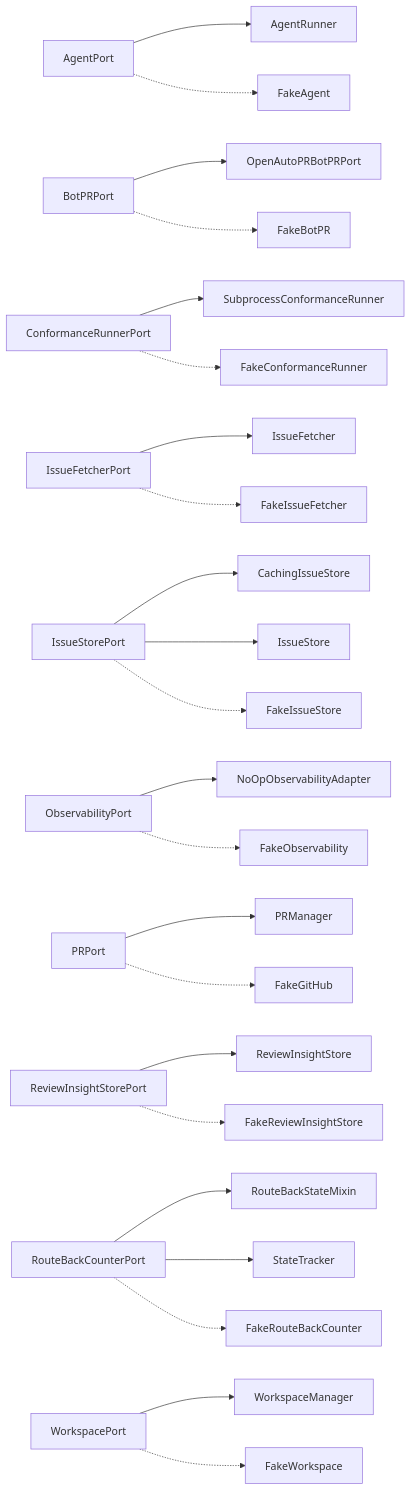
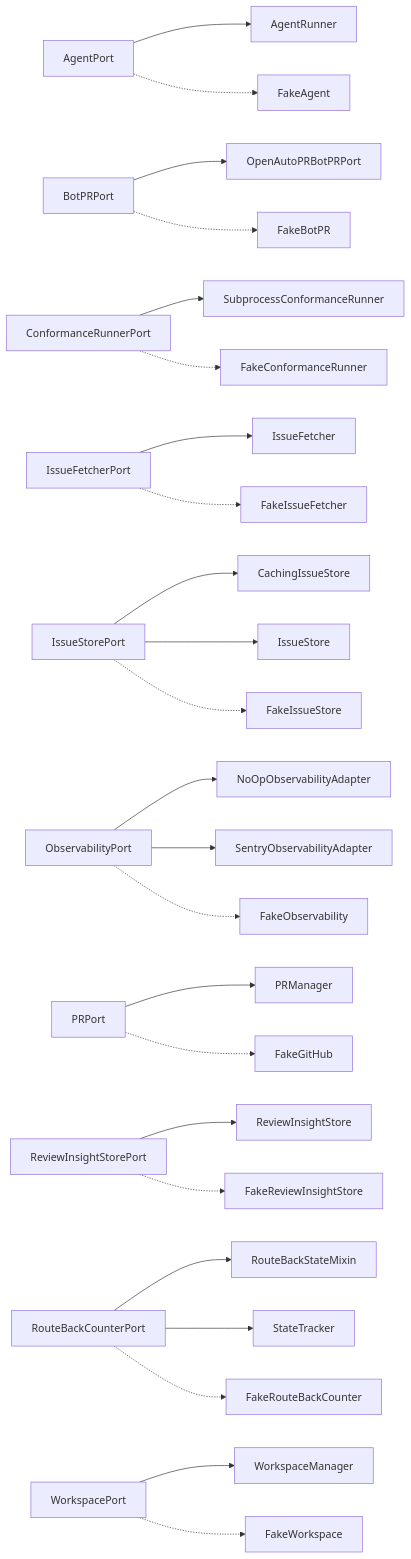
One commit to T-rav/hydraflow changed the diagram in docs/arch/generated/ports.md. Above: the diagram before and after it, drawn with Mermaid. The commit also changed other lines of this file and 27 other files, not shown here.

````diff
--- a/docs/arch/generated/ports.md
+++ b/docs/arch/generated/ports.md
@@ -7,25 +7,26 @@
 ```mermaid
 graph LR
     AgentPort --> AgentRunner
     AgentPort -.-> FakeAgent
     BotPRPort --> OpenAutoPRBotPRPort
     BotPRPort -.-> FakeBotPR
     ConformanceRunnerPort --> SubprocessConformanceRunner
     ConformanceRunnerPort -.-> FakeConformanceRunner
     IssueFetcherPort --> IssueFetcher
     IssueFetcherPort -.-> FakeIssueFetcher
     IssueStorePort --> CachingIssueStore
     IssueStorePort --> IssueStore
     IssueStorePort -.-> FakeIssueStore
     ObservabilityPort --> NoOpObservabilityAdapter
+    ObservabilityPort --> SentryObservabilityAdapter
     ObservabilityPort -.-> FakeObservability
     PRPort --> PRManager
     PRPort -.-> FakeGitHub
     ReviewInsightStorePort --> ReviewInsightStore
     ReviewInsightStorePort -.-> FakeReviewInsightStore
     RouteBackCounterPort --> RouteBackStateMixin
     RouteBackCounterPort --> StateTracker
     RouteBackCounterPort -.-> FakeRouteBackCounter
     WorkspacePort --> WorkspaceManager
     WorkspacePort -.-> FakeWorkspace
 ```
````
